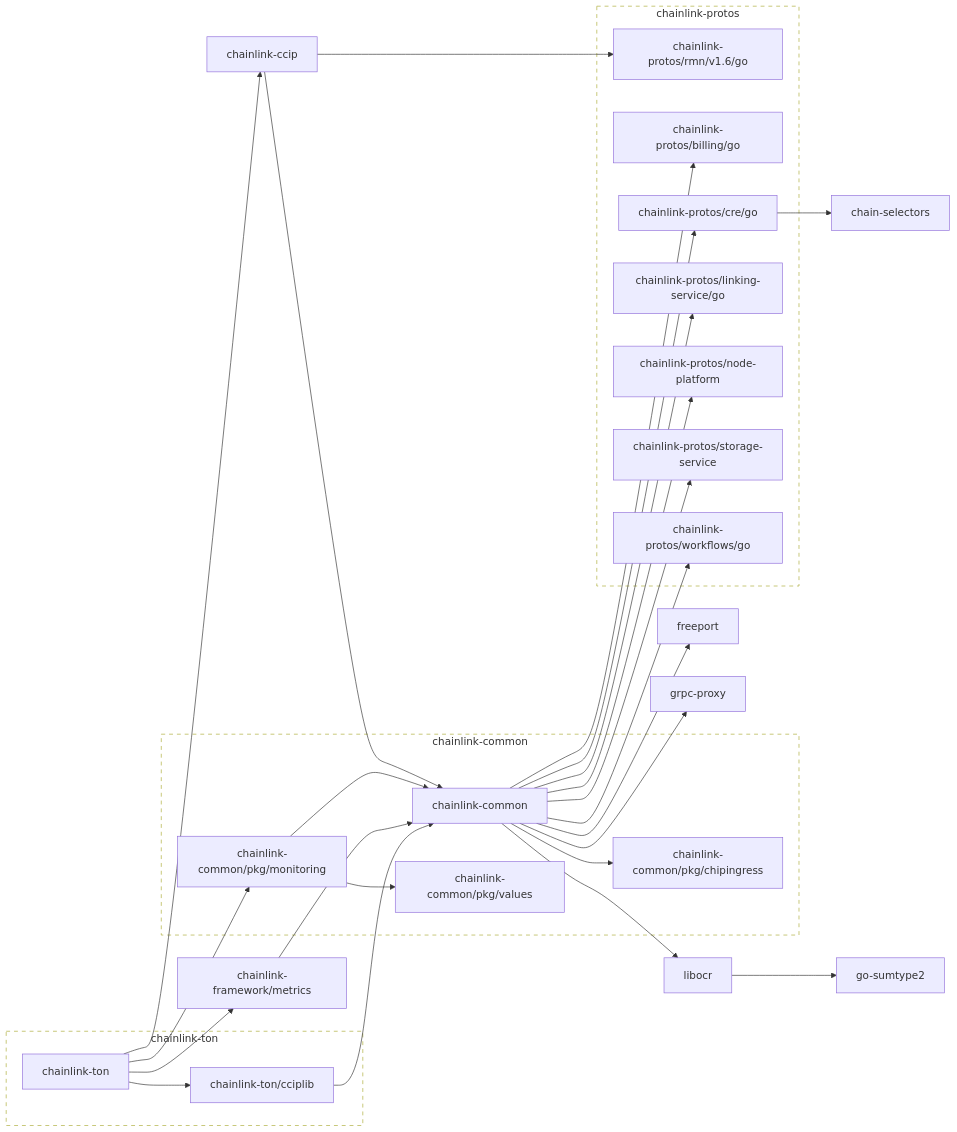
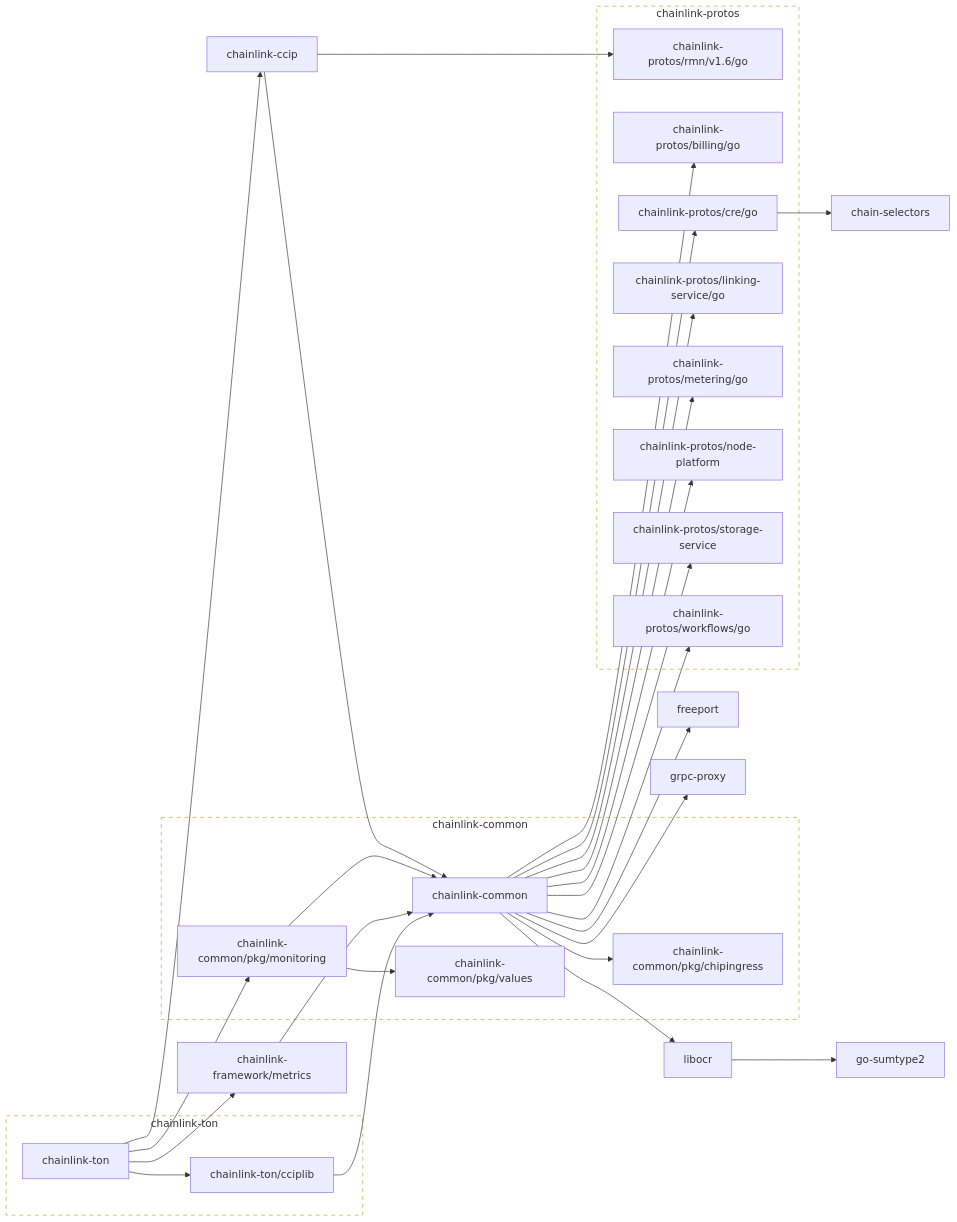
Before and after one commit to smartcontractkit/chainlink-ton: the first of 2 diagrams in go.md, drawn with Mermaid. The commit also changed other lines of this file, not shown here.

```diff
--- a/go.md
+++ b/go.md
@@ -12,6 +12,7 @@
 	chainlink-common --> chainlink-protos/billing/go
 	chainlink-common --> chainlink-protos/cre/go
 	chainlink-common --> chainlink-protos/linking-service/go
+	chainlink-common --> chainlink-protos/metering/go
 	chainlink-common --> chainlink-protos/node-platform
 	chainlink-common --> chainlink-protos/storage-service
 	chainlink-common --> chainlink-protos/workflows/go
@@ -34,6 +35,8 @@
 	click chainlink-protos/cre/go href "https://github.com/smartcontractkit/chainlink-protos"
 	chainlink-protos/linking-service/go
 	click chainlink-protos/linking-service/go href "https://github.com/smartcontractkit/chainlink-protos"
+	chainlink-protos/metering/go
+	click chainlink-protos/metering/go href "https://github.com/smartcontractkit/chainlink-protos"
 	chainlink-protos/node-platform
 	click chainlink-protos/node-platform href "https://github.com/smartcontractkit/chainlink-protos"
 	chainlink-protos/rmn/v1.6/go
@@ -70,6 +73,7 @@
 		 chainlink-protos/billing/go
 		 chainlink-protos/cre/go
 		 chainlink-protos/linking-service/go
+		 chainlink-protos/metering/go
 		 chainlink-protos/node-platform
 		 chainlink-protos/rmn/v1.6/go
 		 chainlink-protos/storage-service
```
